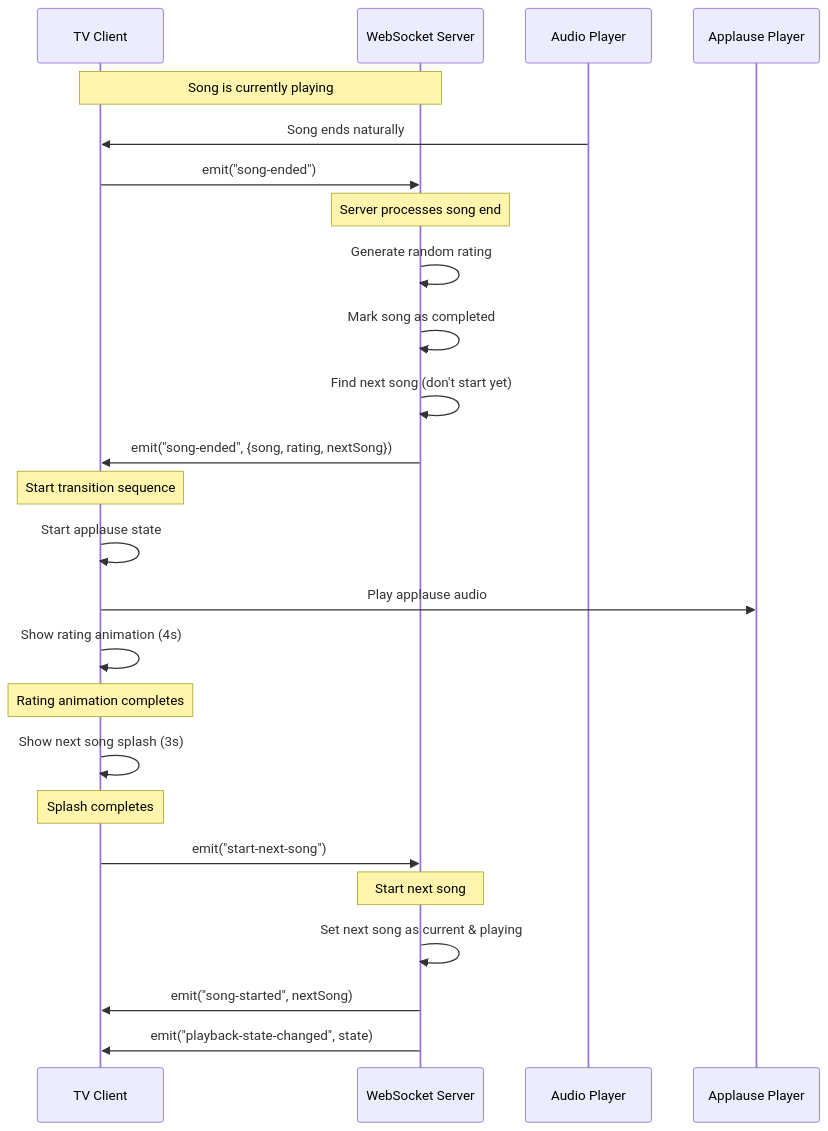
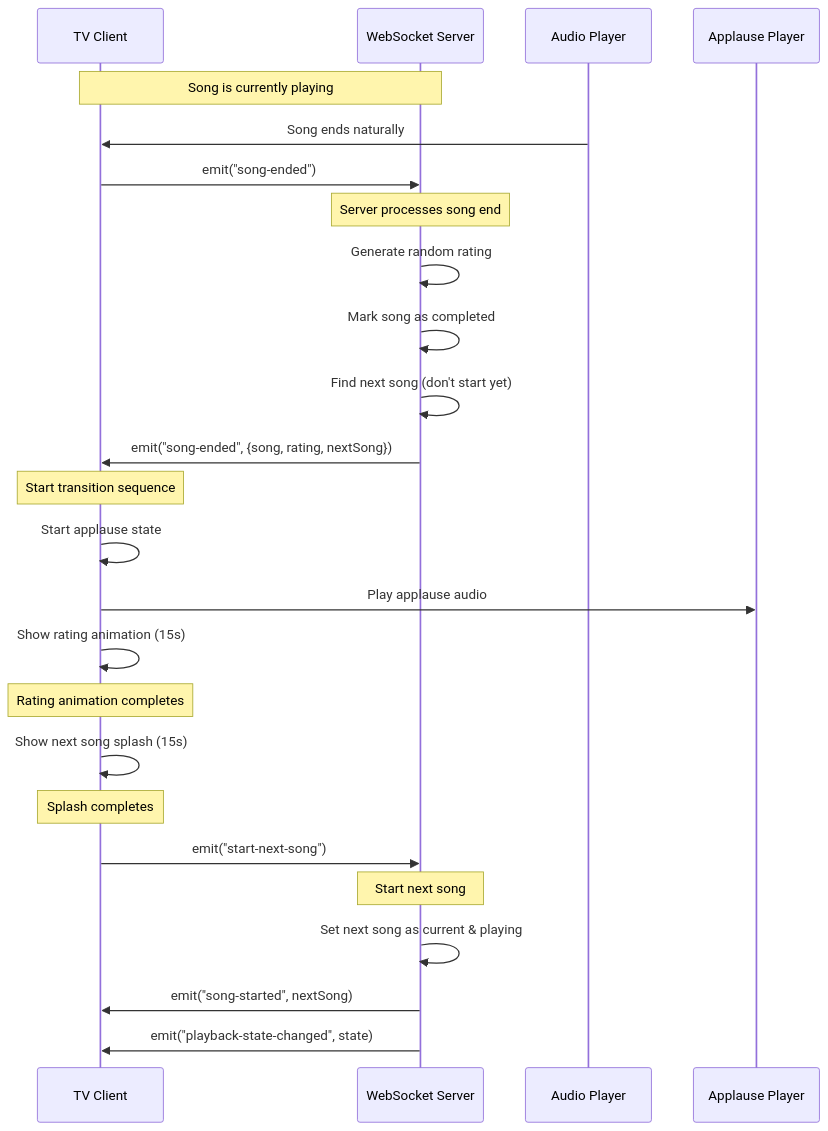
The second of 3 diagrams in WEBSOCKET-EVENT-FLOW.md (johnpc/karaoke-for-jellyfin), drawn with Mermaid before and after one commit. The commit also changed other lines of this file and 2 other files, not shown here.

Commit message:
feat: Extend song transition durations to 15 seconds each
- Increase rating animation duration from 4s to 15s
- Increase next song splash duration from 3s to 15s
- Update WebSocket event flow documentation with new timings

This gives users more time to:
- Appreciate the rating and applause after completing a song
- Read the next song information and prepare mentally
- Get ready with the microphone for the upcoming performance
- Enjoy the transition experience without feeling rushed

Total transition time is now 30 seconds between songs, providing a more
comfortable and engaging karaoke experience.

🤖 Assisted by Amazon Q Developer

````diff
--- a/WEBSOCKET-EVENT-FLOW.md
+++ b/WEBSOCKET-EVENT-FLOW.md
@@ -44,35 +44,35 @@
 ```mermaid
 sequenceDiagram
     participant Client as TV Client
     participant Server as WebSocket Server
     participant Audio as Audio Player
     participant Applause as Applause Player
 
     Note over Client,Server: Song is currently playing
     
     Audio->>Client: Song ends naturally
     Client->>Server: emit("song-ended")
     
     Note over Server: Server processes song end
     Server->>Server: Generate random rating
     Server->>Server: Mark song as completed
     Server->>Server: Find next song (don't start yet)
     
     Server->>Client: emit("song-ended", {song, rating, nextSong})
     
     Note over Client: Start transition sequence
     Client->>Client: Start applause state
     Client->>Applause: Play applause audio
-    Client->>Client: Show rating animation (4s)
+    Client->>Client: Show rating animation (15s)
     
     Note over Client: Rating animation completes
-    Client->>Client: Show next song splash (3s)
+    Client->>Client: Show next song splash (15s)
     
     Note over Client: Splash completes
     Client->>Server: emit("start-next-song")
     
     Note over Server: Start next song
     Server->>Server: Set next song as current & playing
     Server->>Client: emit("song-started", nextSong)
     Server->>Client: emit("playback-state-changed", state)
 ```
````
